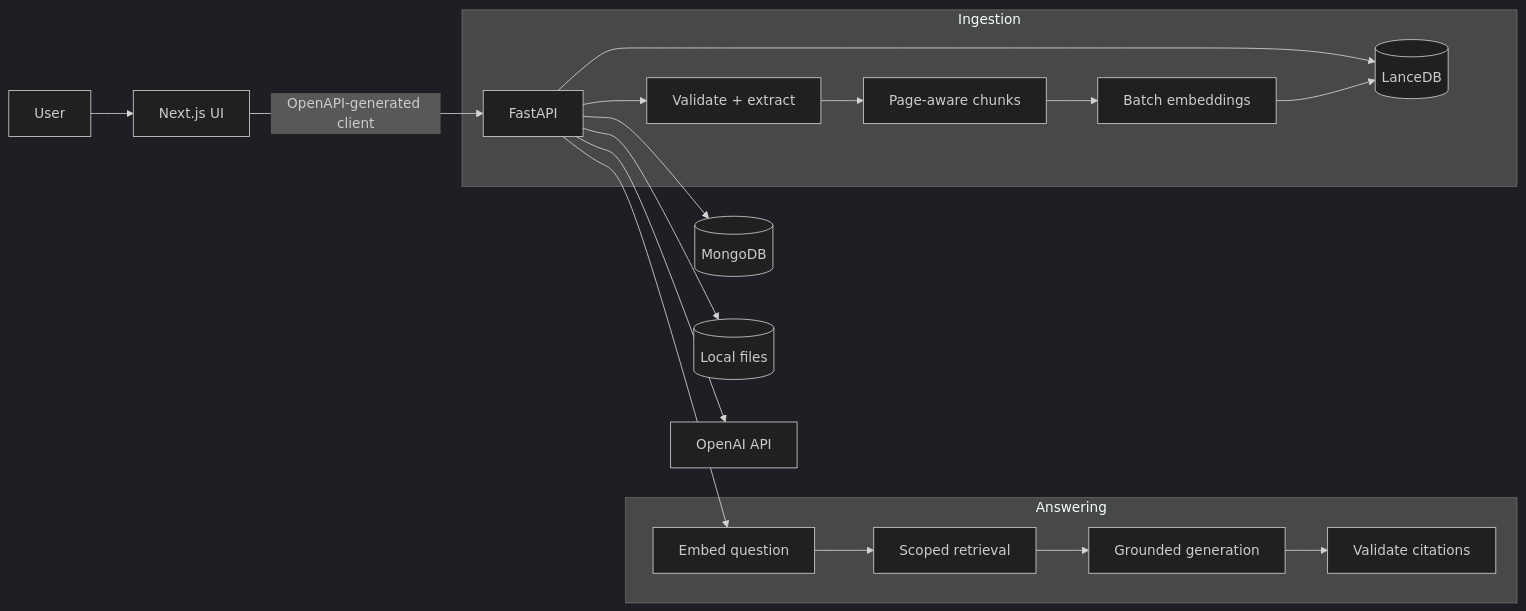
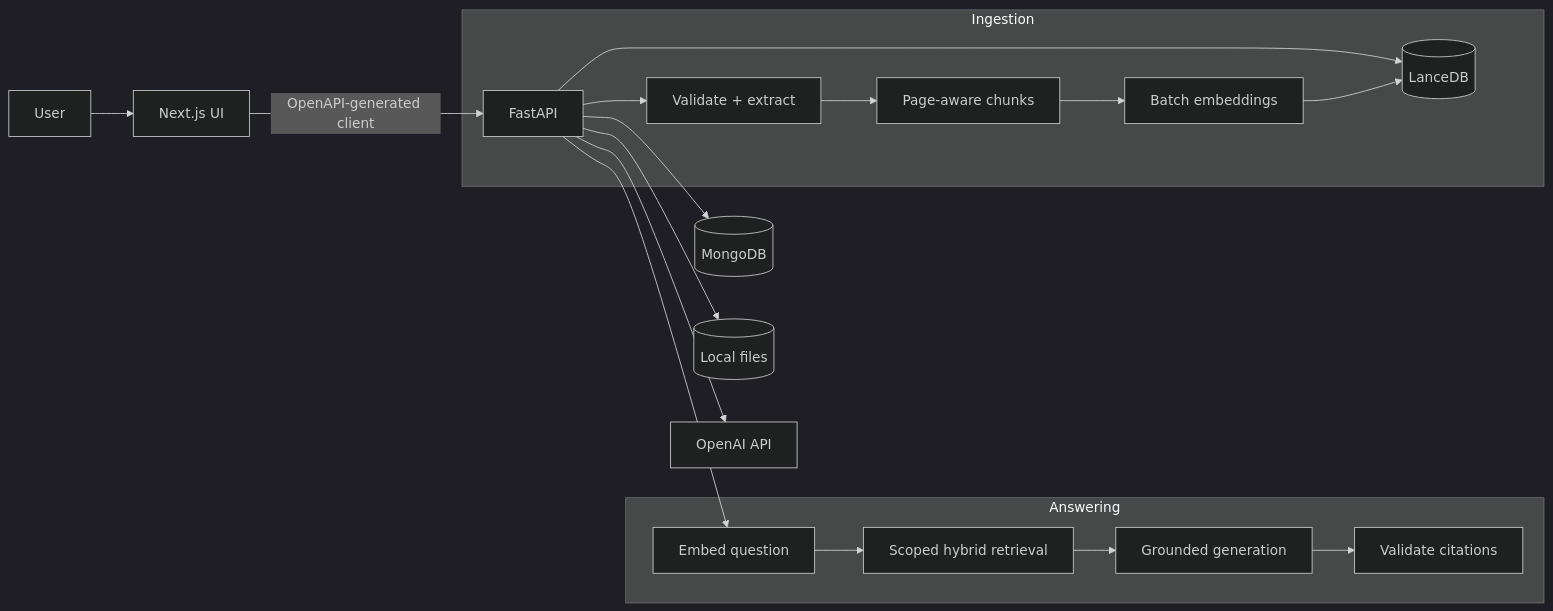
The diagram in README.md (KyryloKhazanzheiev/SourceLens), drawn with Mermaid (dark theme) before and after one commit. The commit also changed other lines of this file and 2 other files, not shown here.

````diff
--- a/README.md
+++ b/README.md
@@ -117,23 +122,23 @@
 ```mermaid
 flowchart LR
     U["User"] --> UI["Next.js UI"]
     UI -->|"OpenAPI-generated client"| API["FastAPI"]
     API --> M[("MongoDB")]
     API --> F[("Local files")]
     API --> V[("LanceDB")]
     API --> O["OpenAI API"]
 
     subgraph Ingestion
       API --> X["Validate + extract"]
       X --> C["Page-aware chunks"]
       C --> E["Batch embeddings"]
       E --> V
     end
 
     subgraph Answering
       API --> Q["Embed question"]
-      Q --> R["Scoped retrieval"]
+      Q --> R["Scoped hybrid retrieval"]
       R --> G["Grounded generation"]
       G --> Z["Validate citations"]
     end
 ```
````
